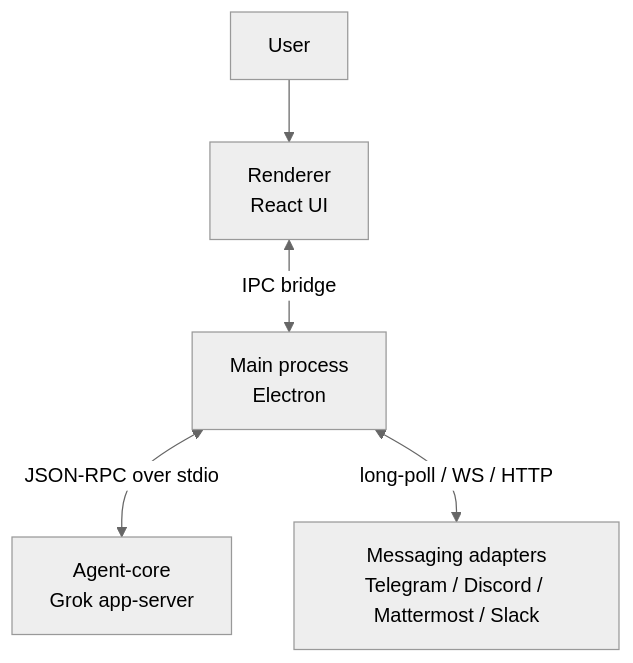
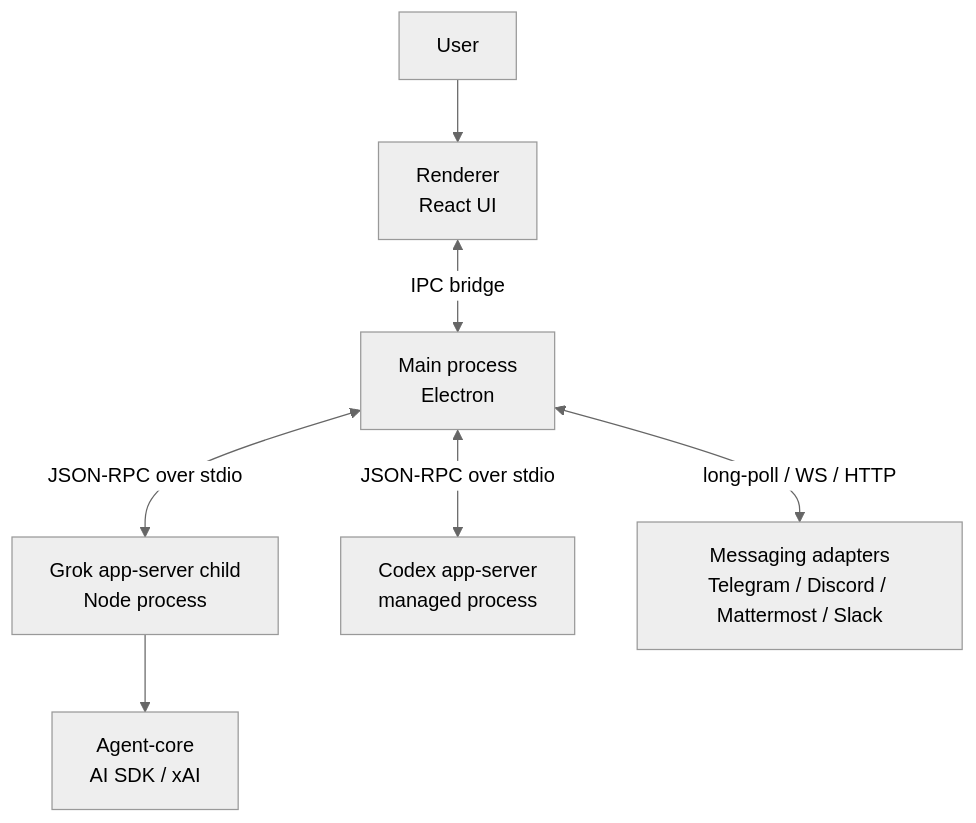
The first of 6 diagrams in ARCHITECTURE.md (pwrdrvr/PwrAgent), drawn with Mermaid (neutral theme) before and after one commit. The commit also changed other lines of this file and 61 other files, not shown here.

Commit message:
refactor(desktop): isolate Grok app server process

````diff
--- a/ARCHITECTURE.md
+++ b/ARCHITECTURE.md
@@ -16,13 +16,17 @@
 ```mermaid
 graph TB
     User[User]
     Renderer["Renderer<br/>React UI"]
     Main["Main process<br/>Electron"]
-    AgentCore["Agent-core<br/>Grok app-server"]
+    GrokProcess["Grok app-server child<br/>Node process"]
+    AgentCore["Agent-core<br/>AI SDK / xAI"]
+    CodexProcess["Codex app-server<br/>managed process"]
     Adapters["Messaging adapters<br/>Telegram / Discord / Mattermost / Slack"]
 
     User --> Renderer
     Renderer <-->|IPC bridge| Main
-    Main <-->|JSON-RPC over stdio| AgentCore
+    Main <-->|JSON-RPC over stdio| GrokProcess
+    GrokProcess --> AgentCore
+    Main <-->|JSON-RPC over stdio| CodexProcess
     Main <-->|long-poll / WS / HTTP| Adapters
 ```
````
